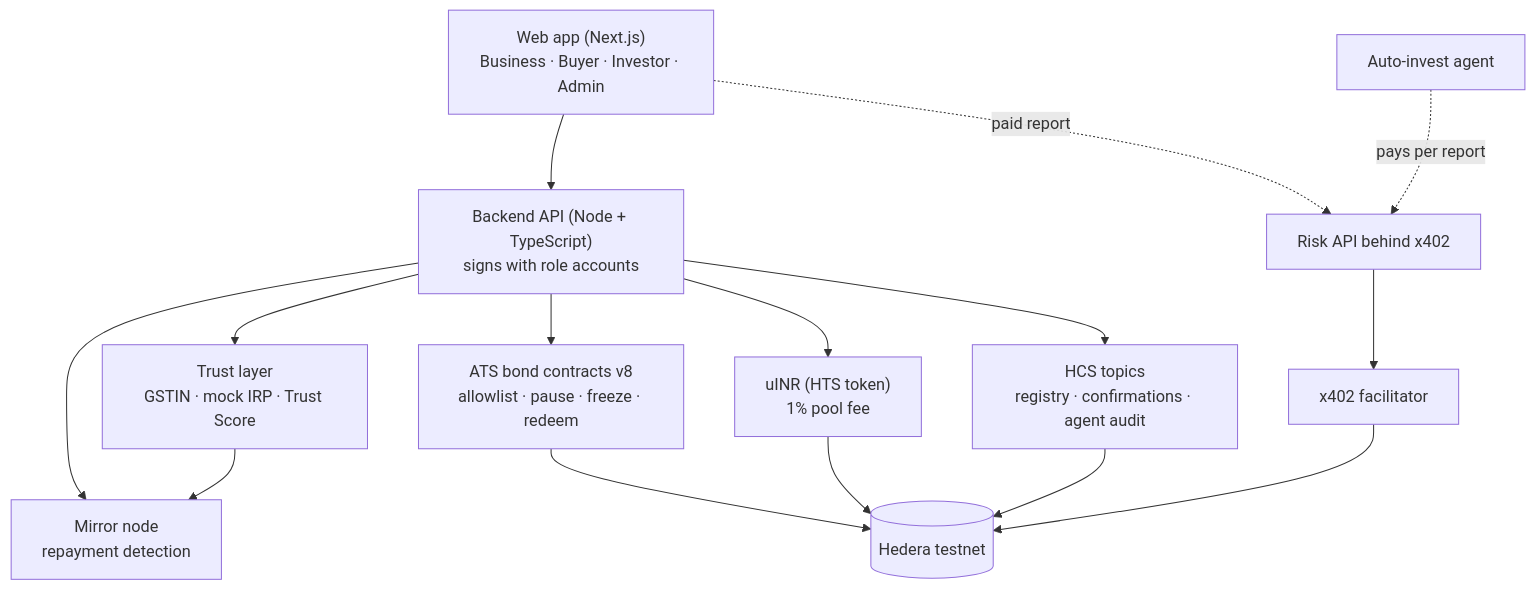
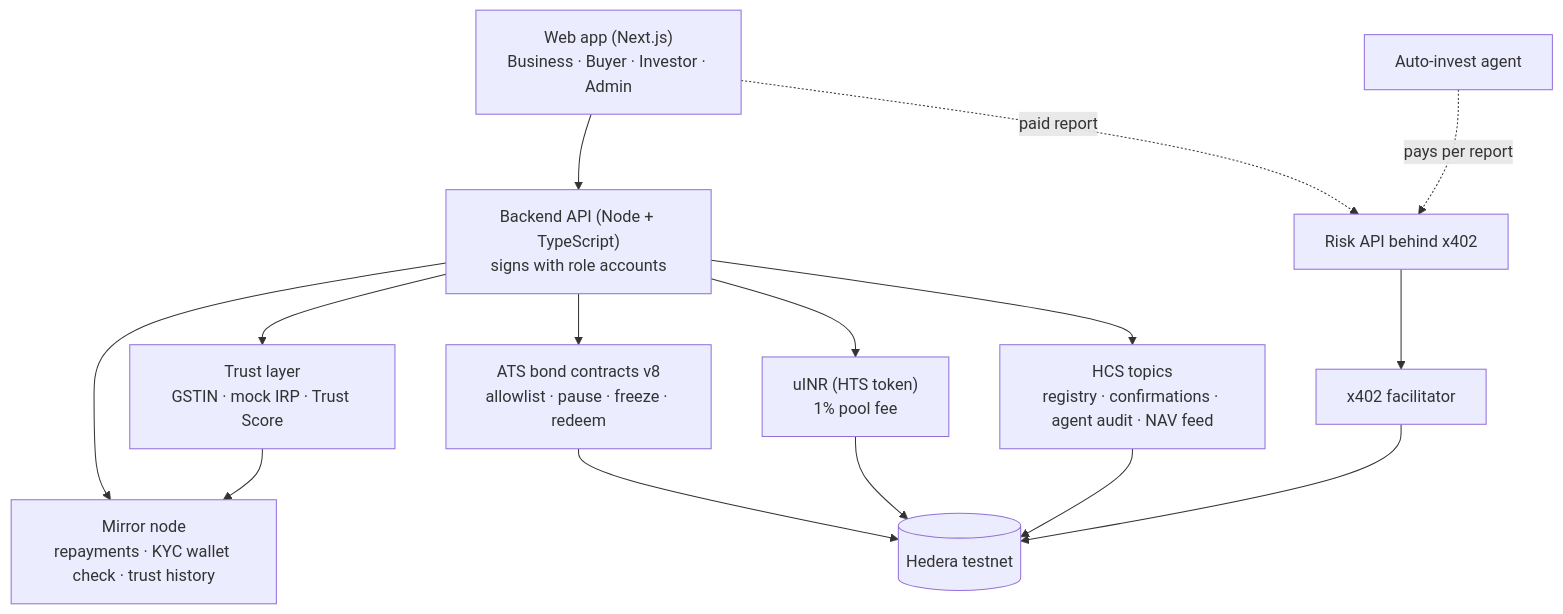
One commit to adityagavane47/Udhaar changed the first of 4 diagrams in README.md. Above: the diagram before and after it, drawn with Mermaid. The commit also changed other lines of this file, not shown here.

````diff
--- a/README.md
+++ b/README.md
@@ -112,16 +124,16 @@
 ```mermaid
 flowchart TD
   WEB["Web app (Next.js)<br/>Business · Buyer · Investor · Admin"] --> API["Backend API (Node + TypeScript)<br/>signs with role accounts"]
   WEB -. paid report .-> RISK["Risk API behind x402"]
   AGENT["Auto-invest agent"] -. pays per report .-> RISK
   API --> TRUST["Trust layer<br/>GSTIN · mock IRP · Trust Score"]
   API --> ATS["ATS bond contracts v8<br/>allowlist · pause · freeze · redeem"]
   API --> HTS["uINR (HTS token)<br/>1% pool fee"]
-  API --> HCS["HCS topics<br/>registry · confirmations · agent audit"]
-  API --> MIRROR["Mirror node<br/>repayment detection"]
+  API --> HCS["HCS topics<br/>registry · confirmations · agent audit · NAV feed"]
+  API --> MIRROR["Mirror node<br/>repayments · KYC wallet check · trust history"]
   TRUST --> MIRROR
   ATS --> HEDERA[("Hedera testnet")]
   HTS --> HEDERA
   HCS --> HEDERA
   RISK --> FAC["x402 facilitator"] --> HEDERA
 ```
````
